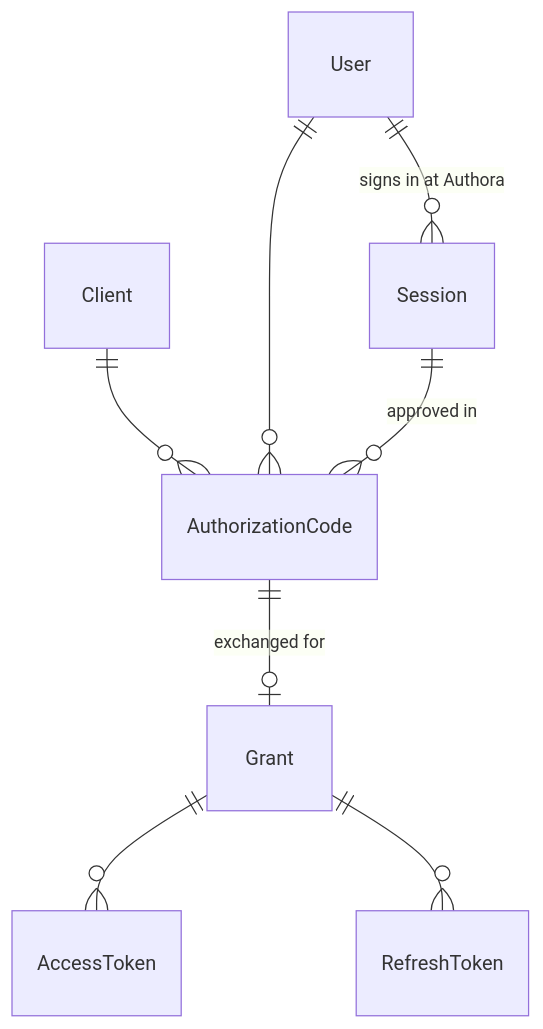
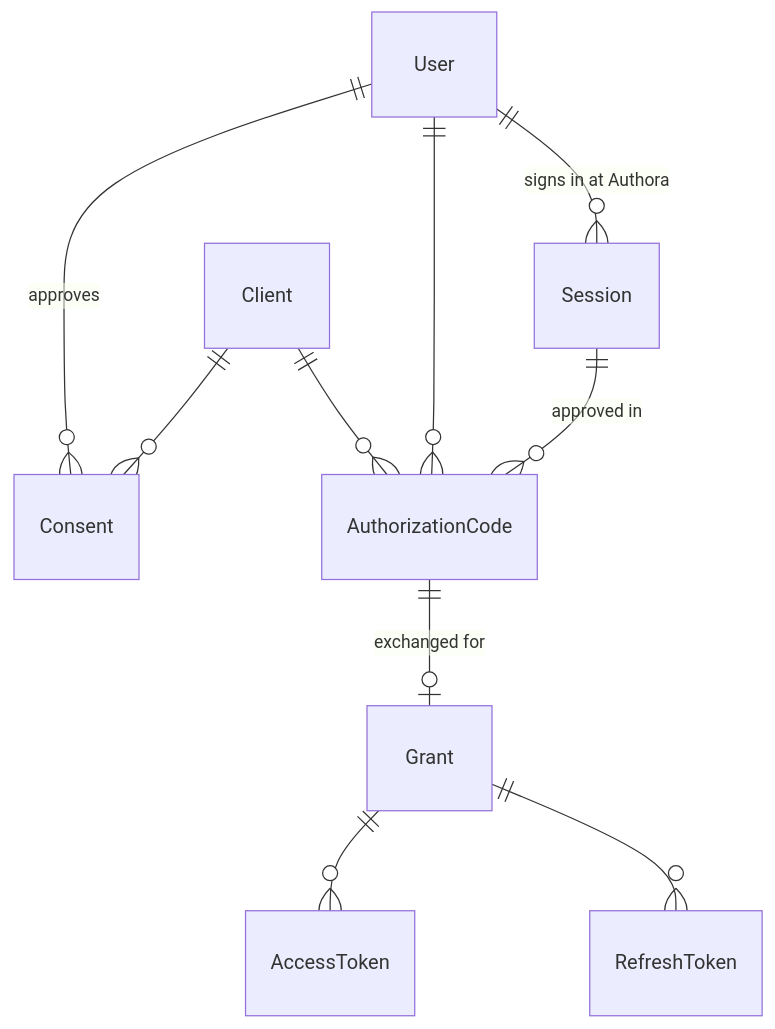
The diagram in docs/explanation/tokens-and-sessions.md (DuttonAlan/Authora), drawn with Mermaid before and after one commit. The commit also changed other lines of this file and 55 other files, not shown here.

````diff
--- a/docs/explanation/tokens-and-sessions.md
+++ b/docs/explanation/tokens-and-sessions.md
@@ -7,12 +7,14 @@
 ```mermaid
 erDiagram
     accTitle: Objects created when someone signs in
-    accDescr: A User has Sessions. A User and a Client have Authorization Codes. An Authorization Code is issued in a Session. An Authorization Code is exchanged for at most one Grant, and a Grant has Access Tokens and Refresh Tokens.
+    accDescr: A User has Sessions and at most one Consent per Client. A User and a Client have Authorization Codes. An Authorization Code is issued in a Session. An Authorization Code is exchanged for at most one Grant, and a Grant has Access Tokens and Refresh Tokens.
     User ||--o{ Session : "signs in at Authora"
+    User ||--o{ Consent : "approves"
+    Client ||--o{ Consent : ""
     Client ||--o{ AuthorizationCode : ""
     User ||--o{ AuthorizationCode : ""
     Session ||--o{ AuthorizationCode : "approved in"
     AuthorizationCode ||--o| Grant : "exchanged for"
     Grant ||--o{ AccessToken : ""
     Grant ||--o{ RefreshToken : ""
 ```
````
